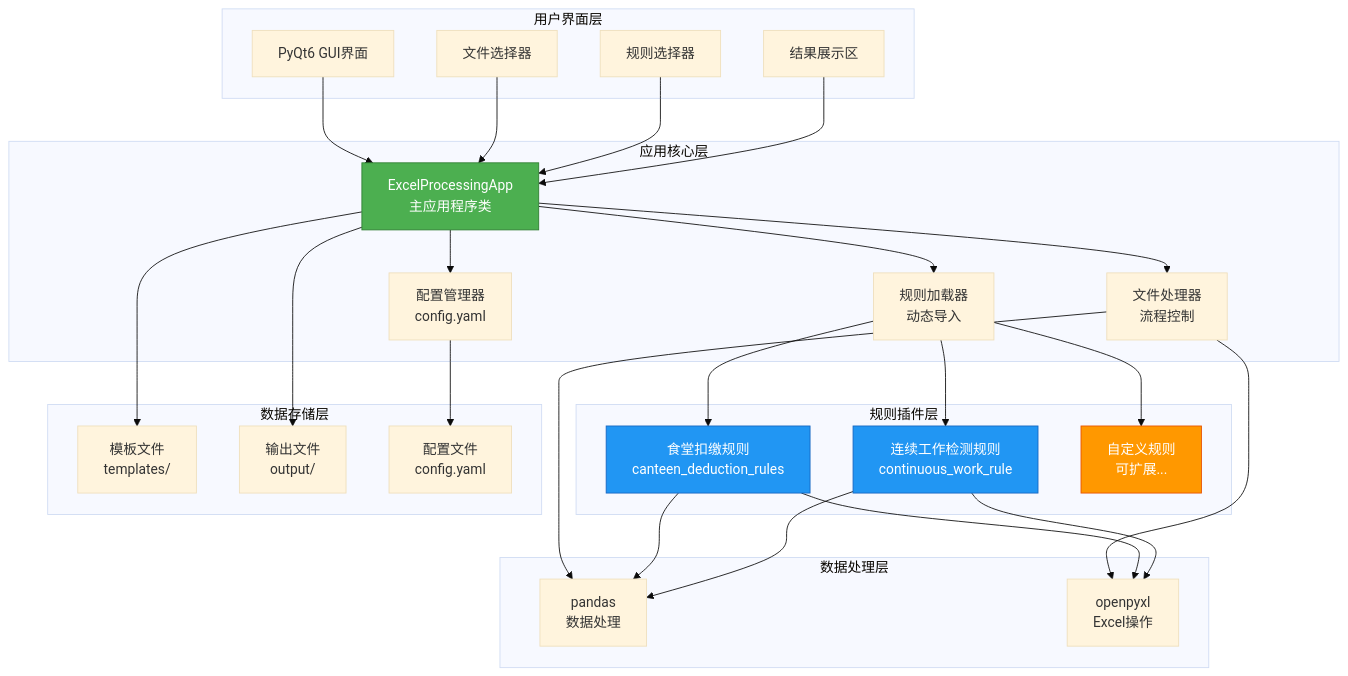
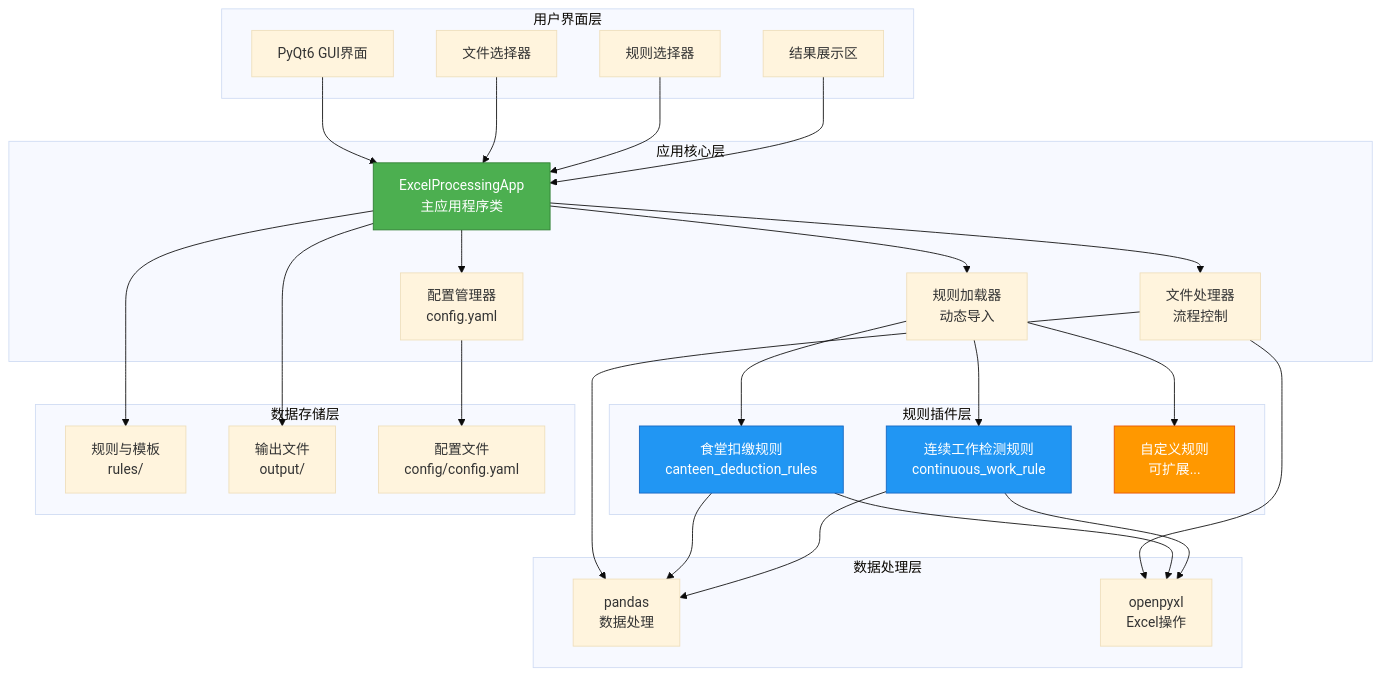
Before and after one commit to xiajiajinxuan/excel-processing: the first of 4 diagrams in README.md, drawn with Mermaid (base theme). The commit also changed other lines of this file and 16 other files, not shown here.

````diff
--- a/README.md
+++ b/README.md
@@ -121,58 +125,58 @@
 ```mermaid
 graph TB
     subgraph "用户界面层"
         UI[PyQt6 GUI界面]
         FileSelect[文件选择器]
         RuleSelect[规则选择器]
         ResultDisplay[结果展示区]
     end
     
     subgraph "应用核心层"
         App[ExcelProcessingApp<br/>主应用程序类]
         ConfigMgr[配置管理器<br/>config.yaml]
         RuleLoader[规则加载器<br/>动态导入]
         FileProcessor[文件处理器<br/>流程控制]
     end
     
     subgraph "规则插件层"
         Rule1[食堂扣缴规则<br/>canteen_deduction_rules]
         Rule2[连续工作检测规则<br/>continuous_work_rule]
         RuleN[自定义规则<br/>可扩展...]
     end
     
     subgraph "数据处理层"
         Pandas[pandas<br/>数据处理]
         OpenPyXL[openpyxl<br/>Excel操作]
     end
     
     subgraph "数据存储层"
-        Templates[模板文件<br/>templates/]
+        RulesData[规则与模板<br/>rules/]
         Output[输出文件<br/>output/]
-        Config[配置文件<br/>config.yaml]
+        Config[配置文件<br/>config/config.yaml]
     end
     
     UI --> App
     FileSelect --> App
     RuleSelect --> App
     App --> ConfigMgr
     App --> RuleLoader
     App --> FileProcessor
     ConfigMgr --> Config
     RuleLoader --> Rule1
     RuleLoader --> Rule2
     RuleLoader --> RuleN
     FileProcessor --> Pandas
     FileProcessor --> OpenPyXL
-    App --> Templates
+    App --> RulesData
     App --> Output
     Rule1 --> Pandas
     Rule1 --> OpenPyXL
     Rule2 --> Pandas
     Rule2 --> OpenPyXL
     ResultDisplay --> App
     
     style App fill:#4CAF50,stroke:#2E7D32,color:#fff
     style Rule1 fill:#2196F3,stroke:#1565C0,color:#fff
     style Rule2 fill:#2196F3,stroke:#1565C0,color:#fff
     style RuleN fill:#FF9800,stroke:#E65100,color:#fff
 ```
````
